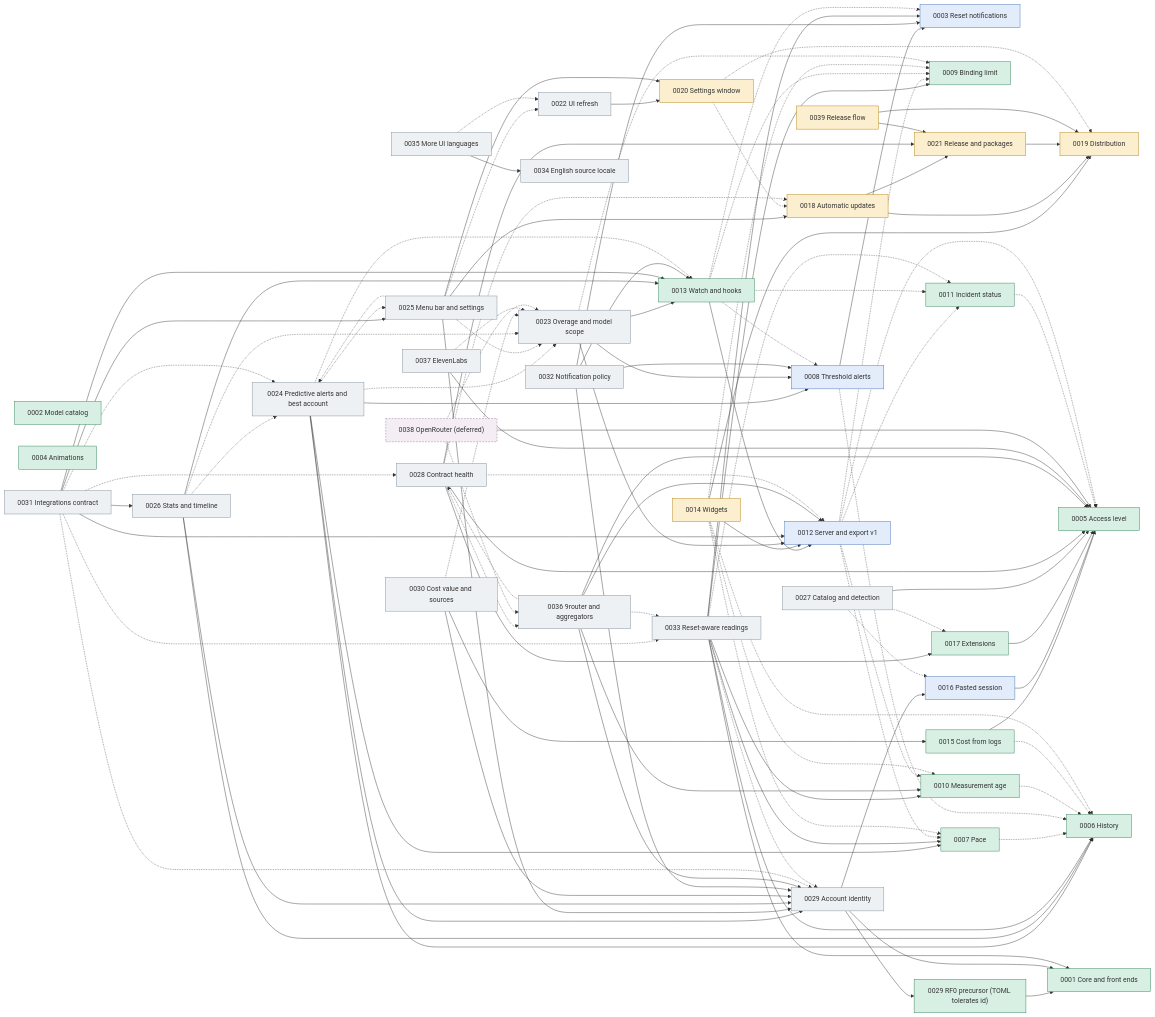
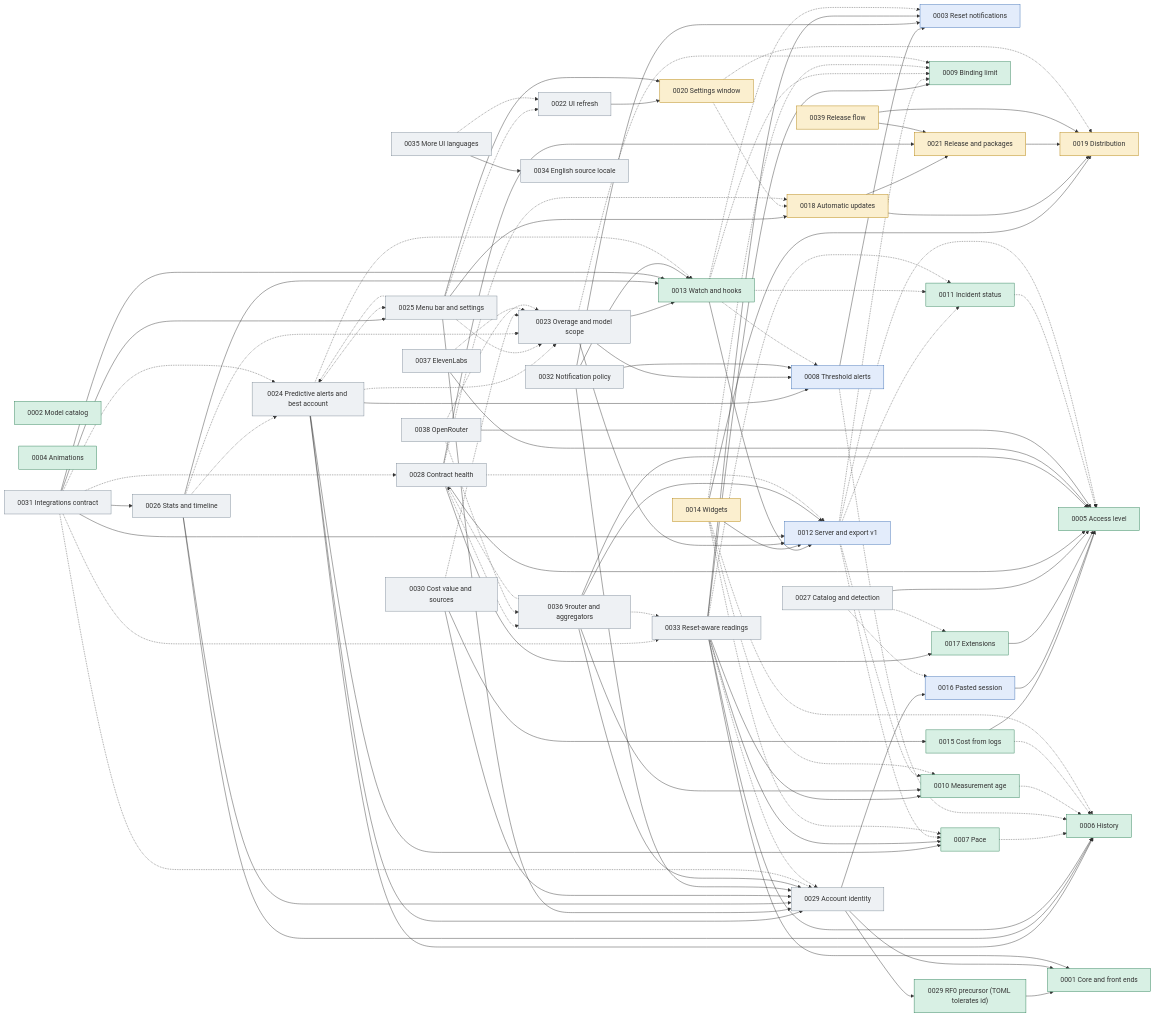
The diagram in docs/plans/0000_control.md (jmarcon/cuotai), drawn with Mermaid before and after one commit. The commit also changed other lines of this file and 14 other files, not shown here.

First line of the commit message:
feat(oauth): sign in with OpenRouter, low-balance note and consented env detection

```diff
--- a/docs/plans/0000_control.md
+++ b/docs/plans/0000_control.md
@@ -231,7 +231,7 @@
   P35["0035 More UI languages"]:::todo
   P36["0036 9router and aggregators"]:::todo
   P37["0037 ElevenLabs"]:::todo
-  P38["0038 OpenRouter (deferred)"]:::deferred
+  P38["0038 OpenRouter"]:::todo
   P39["0039 Release flow"]:::wip
 
   P8 --> P3
```
